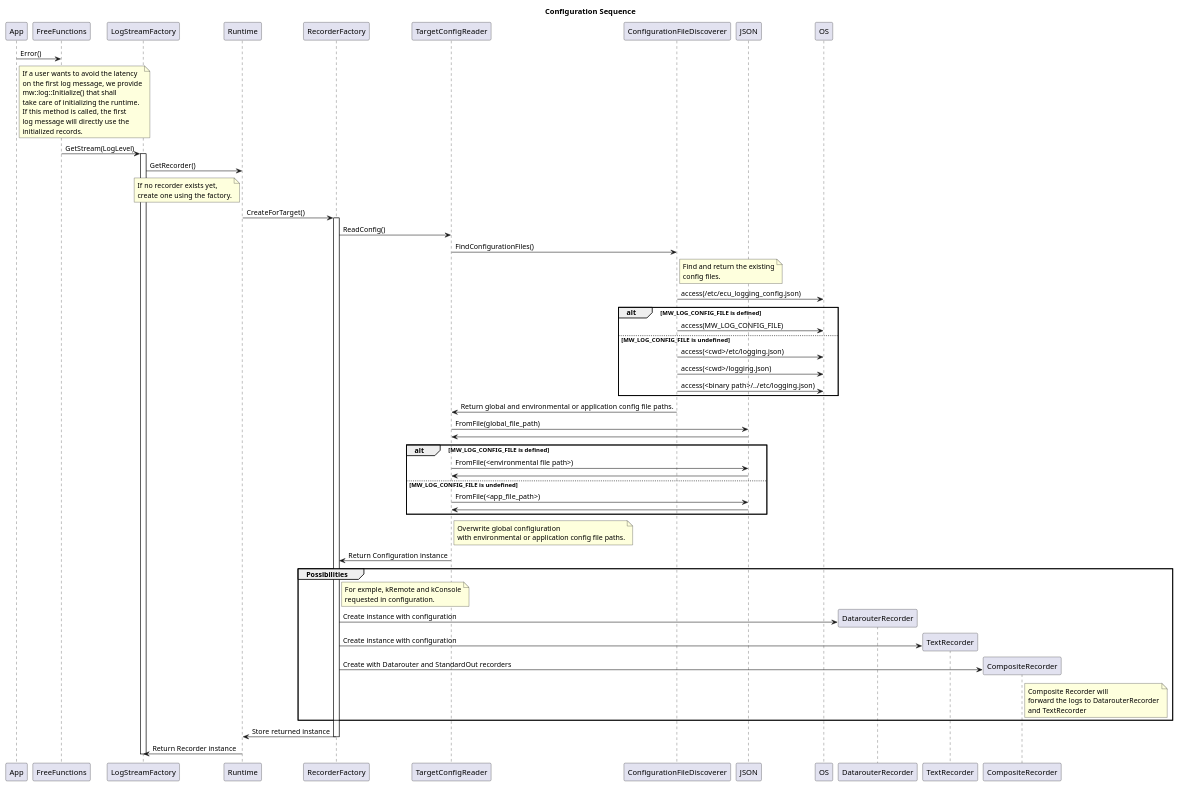
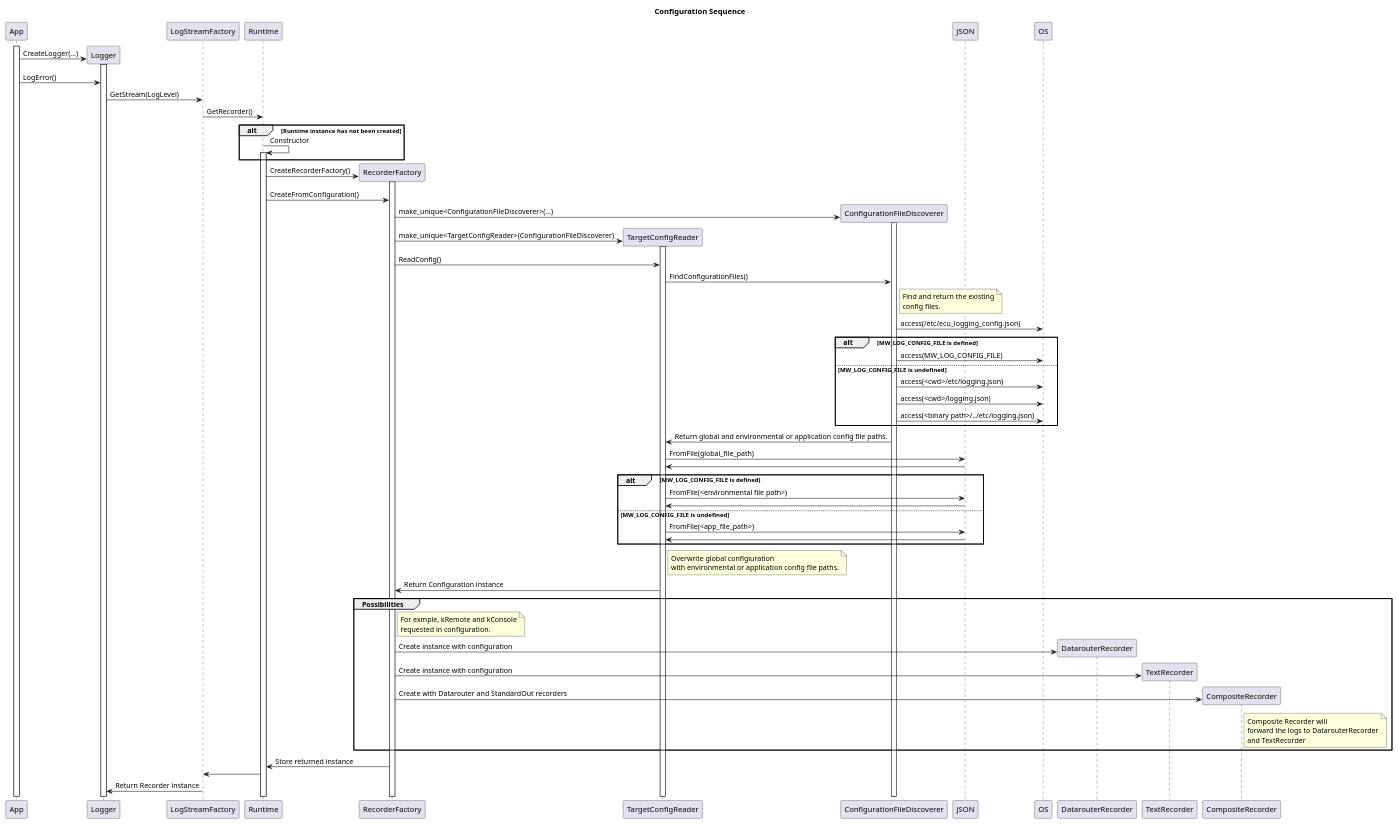
One commit to eclipse-score/inc_mw_log changed the diagram in design/configuration_sequence.puml. Above: the diagram before and after it, drawn with PlantUML. The commit also changed 24 other files, not shown here.

Commit message:
Syncing more diagrams

```diff
--- a/design/configuration_sequence.puml
+++ b/design/configuration_sequence.puml
@@ -1,111 +1,113 @@
 @startuml configuration_sequence
 title Configuration Sequence
 
 participant "App" as App
-participant "FreeFunctions" as FF
+participant "Logger" as LOG
 participant "LogStreamFactory" as LSF
 participant "Runtime" as RT
 participant "RecorderFactory" as RF
 participant "TargetConfigReader" as TCR
 participant "ConfigurationFileDiscoverer" as CFD
 participant "JSON" as JSON
 participant "OS" as OS
 
-App -> FF: Error()
-note right of App
-  If a user wants to avoid the latency
-  on the first log message, we provide
-  mw::log::Initialize() that shall 
-  take care of initializing the runtime.
-  If this method is called, the first
-  log message will directly use the
-  initialized records.
-end note
+activate App
 
-FF -> LSF: GetStream(LogLevel)
-activate LSF
+App -> LOG **: CreateLogger(...)
+activate LOG
+
+App -> LOG: LogError()
+
+LOG -> LSF: GetStream(LogLevel)
 
 LSF -> RT: GetRecorder()
 
-note left of RT
-  If no recorder exists yet,
-  create one using the factory.
-end note
+alt Runtime instance has not been created
+    RT -> RT: Constructor
+    activate RT
+end
 
-RT -> RF: CreateForTarget()
+RT -> RF **: CreateRecorderFactory()
+
 activate RF
+
+RT -> RF: CreateFromConfiguration()
+
+
+RF -> CFD **: make_unique<ConfigurationFileDiscoverer>(...)
+activate CFD
+
+RF -> TCR **: make_unique<TargetConfigReader>(ConfigurationFileDiscoverer)
+activate TCR
+
 
 RF -> TCR: ReadConfig()
 
 TCR -> CFD: FindConfigurationFiles()
 
 note right of CFD
   Find and return the existing
   config files.
 end note
 
 CFD -> OS: access(/etc/ecu_logging_config.json)
 alt MW_LOG_CONFIG_FILE is defined
   CFD -> OS: access(MW_LOG_CONFIG_FILE)
 else MW_LOG_CONFIG_FILE is undefined
   CFD -> OS: access(<cwd>/etc/logging.json)
   CFD -> OS: access(<cwd>/logging.json)
   CFD -> OS: access(<binary path>/../etc/logging.json)
 end
 
 CFD -> TCR: Return global and environmental or application config file paths.
 
 TCR -> JSON: FromFile(global_file_path)
 JSON -> TCR: 
 
 alt MW_LOG_CONFIG_FILE is defined
   TCR -> JSON: FromFile(<environmental file path>)
   JSON -> TCR: 
 else MW_LOG_CONFIG_FILE is undefined
   TCR -> JSON: FromFile(<app_file_path>)
   JSON -> TCR: 
 end
 
 note right of TCR
   Overwrite global configiuration
   with environmental or application config file paths.
 end note
 
 TCR -> RF: Return Configuration instance
 
 group Possibilities
 
 note right of RF
   For exmple, kRemote and kConsole
   requested in configuration.
 end note
 
 Create "DatarouterRecorder" as DR
 
 RF -> DR: Create instance with configuration
 
 Create "TextRecorder" as TR
 
 RF -> TR: Create instance with configuration
 
 Create "CompositeRecorder" as CR
 
 RF -> CR: Create with Datarouter and StandardOut recorders
 note right of CR
   Composite Recorder will
   forward the logs to DatarouterRecorder
   and TextRecorder
 end note
 
 end
 
+RF -> RT: Store returned instance
 
-
-RF -> RT: Store returned instance
-deactivate RF
-
-RT -> LSF: Return Recorder instance
-
-deactivate LSF
+RT -> LSF
+LSF -> LOG: Return Recorder instance
 
 @enduml
```
